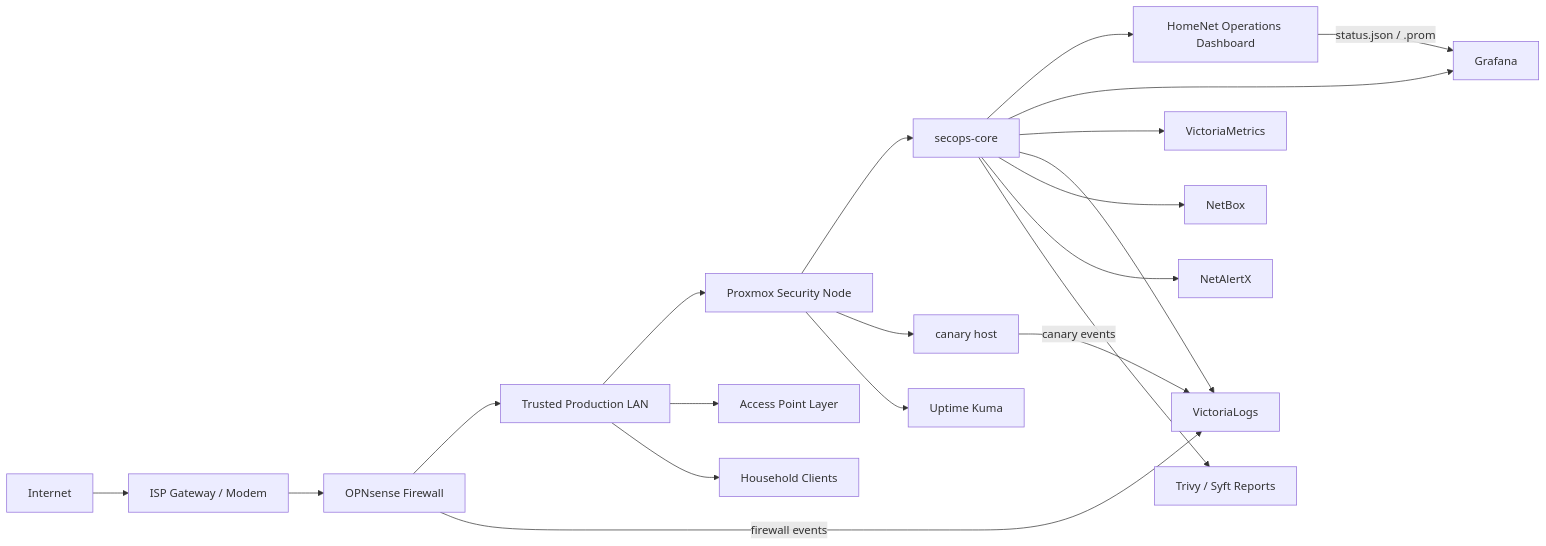
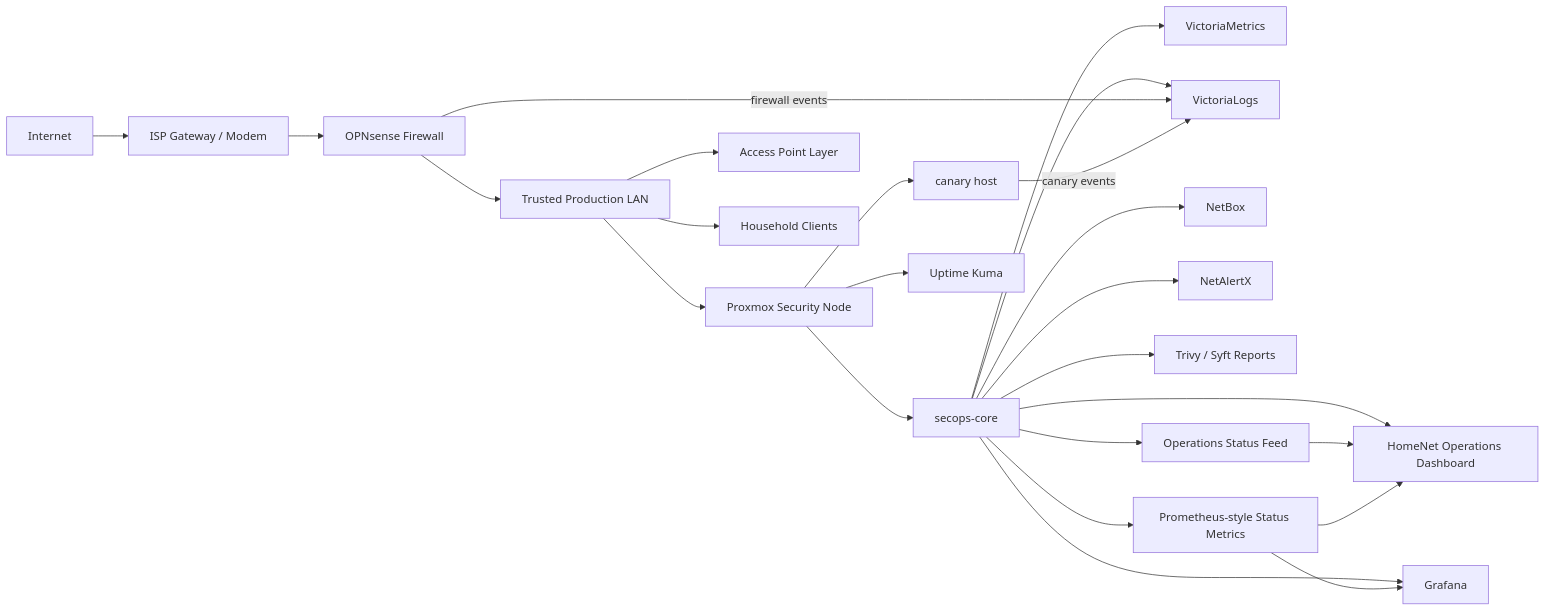
One commit to srkyn/home-network-security changed the diagram in README.md. Above: the diagram before and after it, drawn with Mermaid. The commit also changed other lines of this file and 15 other files, not shown here.

````diff
--- a/README.md
+++ b/README.md
@@ -35,25 +37,29 @@
 ```mermaid
 flowchart LR
     Internet["Internet"] --> Gateway["ISP Gateway / Modem"]
     Gateway --> Firewall["OPNsense Firewall"]
     Firewall --> LAN["Trusted Production LAN"]
     LAN --> Proxmox["Proxmox Security Node"]
     LAN --> AP["Access Point Layer"]
     LAN --> Clients["Household Clients"]
 
     Proxmox --> Core["secops-core"]
     Proxmox --> Canary["canary host"]
     Proxmox --> Kuma["Uptime Kuma"]
 
     Core --> Homepage["HomeNet Operations Dashboard"]
     Core --> Grafana["Grafana"]
     Core --> Metrics["VictoriaMetrics"]
     Core --> Logs["VictoriaLogs"]
     Core --> NetBox["NetBox"]
     Core --> Discovery["NetAlertX"]
     Core --> Reports["Trivy / Syft Reports"]
+    Core --> StatusFeed["Operations Status Feed"]
+    Core --> MetricsFeed["Prometheus-style Status Metrics"]
 
     Firewall -- "firewall events" --> Logs
     Canary -- "canary events" --> Logs
-    Homepage -- "status.json / .prom" --> Grafana
+    StatusFeed --> Homepage
+    MetricsFeed --> Homepage
+    MetricsFeed --> Grafana
 ```
````
